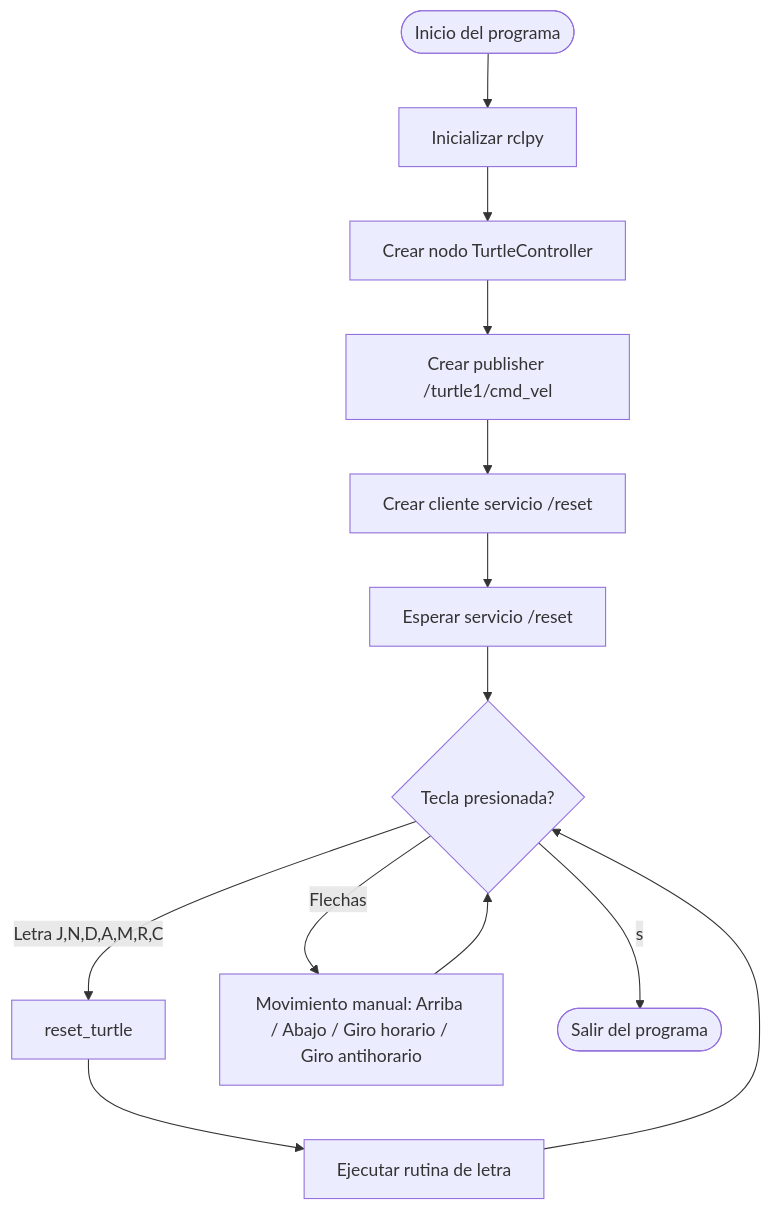
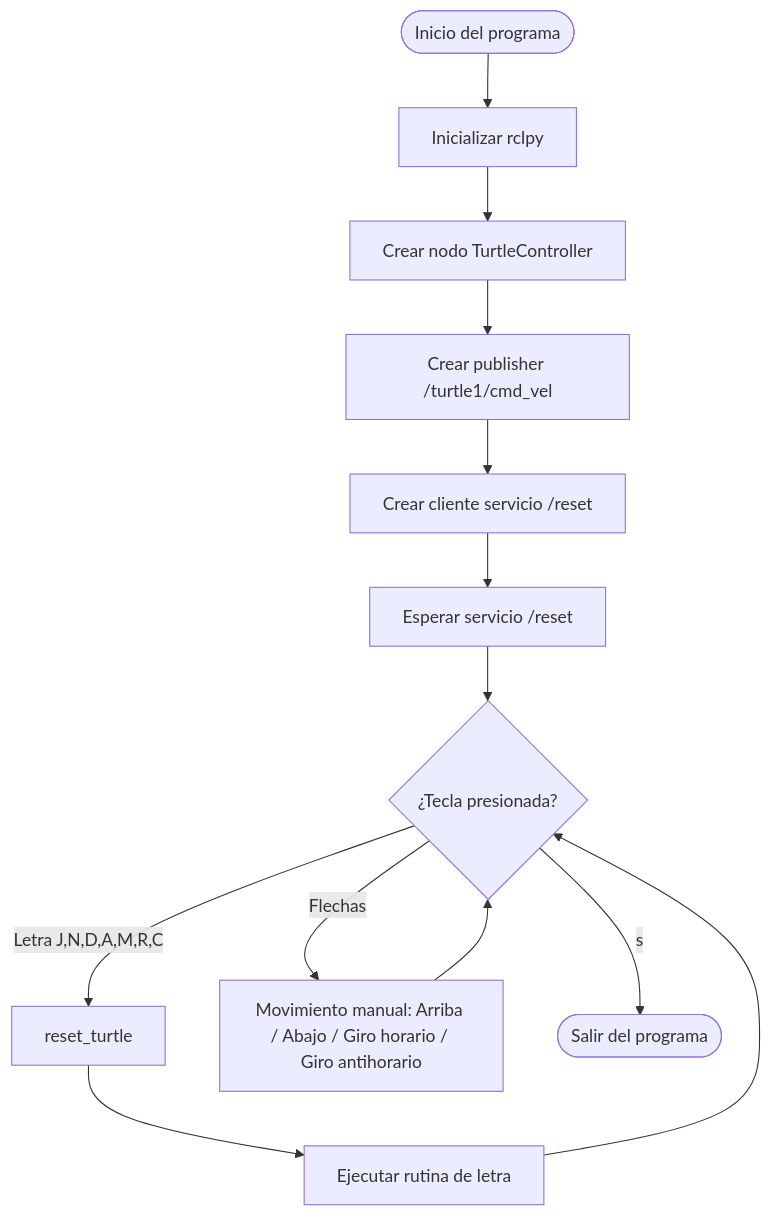
One commit to MateoKGR/Lab-04-Robotica-2025-2 changed the diagram in README.md. Above: the diagram before and after it, drawn with Mermaid.

Commit message:
Diagrama

````diff
--- a/README.md
+++ b/README.md
@@ -24,31 +24,31 @@
 ```mermaid
 flowchart TD
 A([Inicio del programa])
 B[Inicializar rclpy]
 C[Crear nodo TurtleController]
 D[Crear publisher /turtle1/cmd_vel]
 E[Crear cliente servicio /reset]
 F[Esperar servicio /reset]
 A --> B
 B --> C
 C --> D
 D --> E
 E --> F
 
-G{Tecla presionada?}
+G{¿Tecla presionada?}
 F --> G
 
 H[reset_turtle]
 I[Ejecutar rutina de letra]
 J[Movimiento manual: Arriba / Abajo / Giro horario / Giro antihorario]
 K([Salir del programa])
 
 G -->|Letra J,N,D,A,M,R,C| H
 H --> I
 I --> G
 
 G -->|Flechas| J
 J --> G
 
 G -->|s| K
 ```
````
